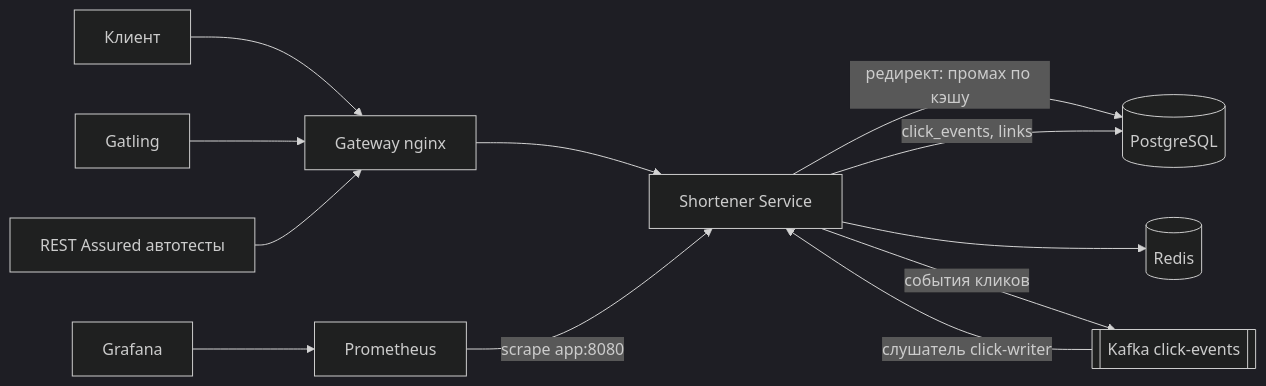
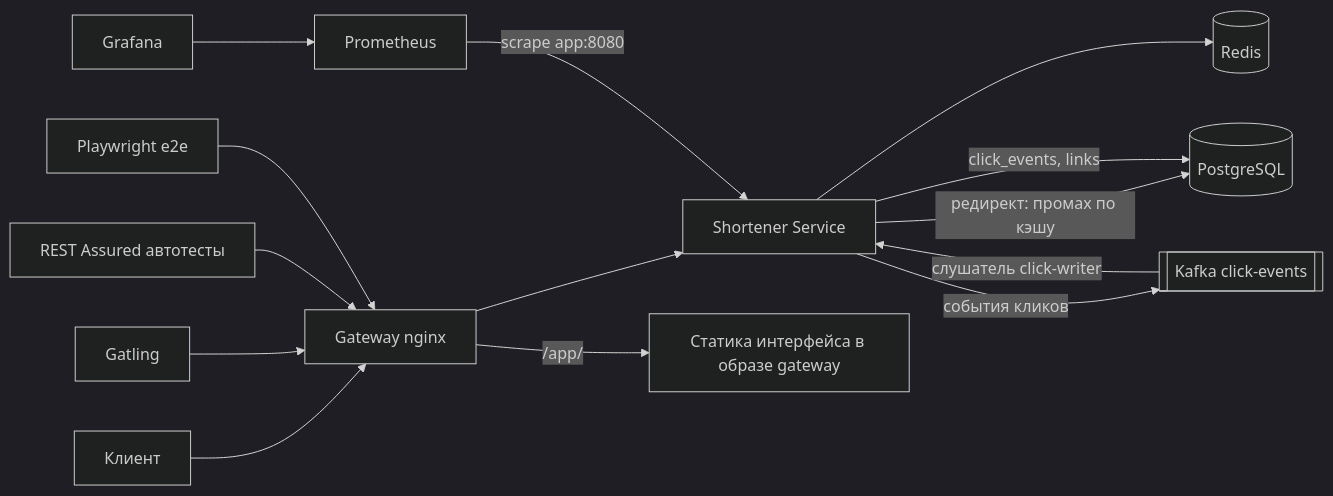
The diagram in README.md (asterix1221/URL_Shortener), drawn with Mermaid (dark theme) before and after one commit. The commit also changed other lines of this file and 3 other files, not shown here.

````diff
--- a/README.md
+++ b/README.md
@@ -13,14 +14,16 @@
 ```mermaid
 flowchart LR
   C[Клиент] --> GW[Gateway nginx]
   GW --> A[Shortener Service]
   A -- редирект: промах по кэшу --> P[(PostgreSQL)]
   A --> R[(Redis)]
   A -- события кликов --> K[[Kafka click-events]]
   K -- слушатель click-writer --> A
   A -- click_events, links --> P
   PR[Prometheus] -- scrape app:8080 --> A
   G[Grafana] --> PR
   GT[Gatling] --> GW
   AT[REST Assured автотесты] --> GW
+  GW -- "/app/" --> W[Статика интерфейса в образе gateway]
+  UI[Playwright e2e] --> GW
 ```
````
